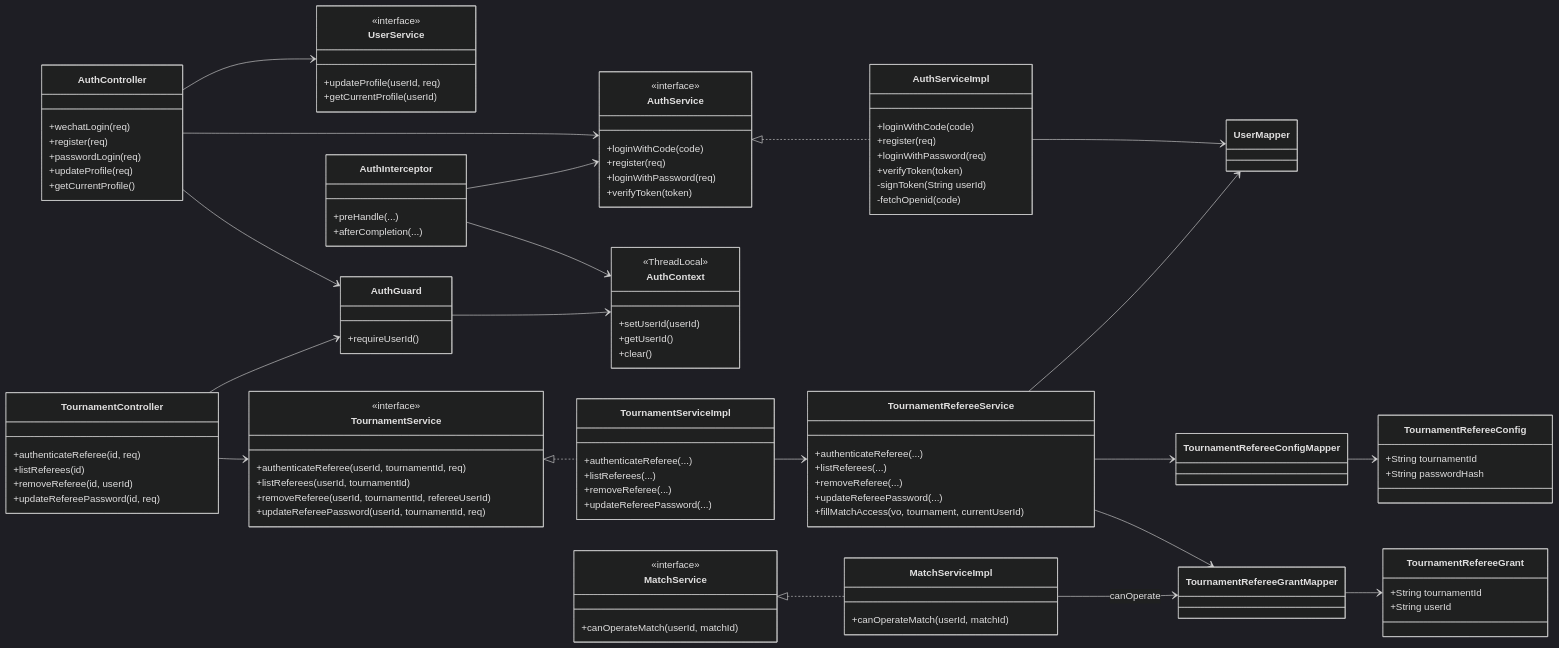
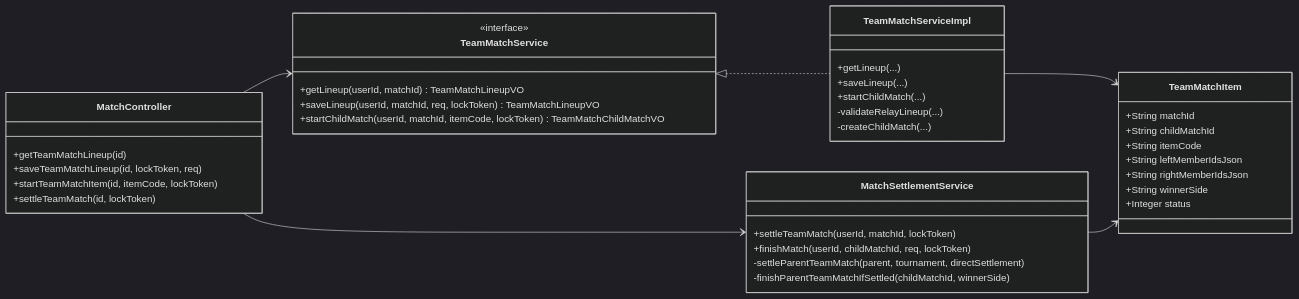
The sixth of 10 diagrams in docs/类图.md (lijingyuu/Scoring), drawn with Mermaid (dark theme) before and after one commit. The commit also changed other lines of this file and 34 other files, not shown here.

First line of the commit message:
fix(review): 全链路审查缺陷修复与领域类图架构治理

````diff
--- a/docs/类图.md
+++ b/docs/类图.md
@@ -530,123 +570,48 @@
 classDiagram
 direction LR
 
-class AuthController {
-  +wechatLogin(req)
-  +register(req)
-  +passwordLogin(req)
-  +updateProfile(req)
-  +getCurrentProfile()
+class MatchController {
+  +getTeamMatchLineup(id)
+  +saveTeamMatchLineup(id, lockToken, req)
+  +startTeamMatchItem(id, itemCode, lockToken)
+  +settleTeamMatch(id, lockToken)
 }
 
-class AuthService {
+class TeamMatchService {
   <<interface>>
-  +loginWithCode(code)
-  +register(req)
-  +loginWithPassword(req)
-  +verifyToken(token)
+  +getLineup(userId, matchId) TeamMatchLineupVO
+  +saveLineup(userId, matchId, req, lockToken) TeamMatchLineupVO
+  +startChildMatch(userId, matchId, itemCode, lockToken) TeamMatchChildMatchVO
 }
 
-class AuthServiceImpl {
-  +loginWithCode(code)
-  +register(req)
-  +loginWithPassword(req)
-  +verifyToken(token)
-  -signToken(String userId)
-  -fetchOpenid(code)
+class TeamMatchServiceImpl {
+  +getLineup(...)
+  +saveLineup(...)
+  +startChildMatch(...)
+  -validateRelayLineup(...)
+  -createChildMatch(...)
 }
 
-class UserService {
-  <<interface>>
-  +updateProfile(userId, req)
-  +getCurrentProfile(userId)
+class MatchSettlementService {
+  +settleTeamMatch(userId, matchId, lockToken)
+  +finishMatch(userId, childMatchId, req, lockToken)
+  -settleParentTeamMatch(parent, tournament, directSettlement)
+  -finishParentTeamMatchIfSettled(childMatchId, winnerSide)
 }
 
-class AuthInterceptor {
-  +preHandle(...)
-  +afterCompletion(...)
+class TeamMatchItem {
+  +String matchId
+  +String childMatchId
+  +String itemCode
+  +String leftMemberIdsJson
+  +String rightMemberIdsJson
+  +String winnerSide
+  +Integer status
 }
 
-class AuthGuard {
-  +requireUserId()
-}
-
-class AuthContext {
-  <<ThreadLocal>>
-  +setUserId(userId)
-  +getUserId()
-  +clear()
-}
-
-class TournamentController {
-  +authenticateReferee(id, req)
-  +listReferees(id)
-  +removeReferee(id, userId)
-  +updateRefereePassword(id, req)
-}
-
-class TournamentService {
-  <<interface>>
-  +authenticateReferee(userId, tournamentId, req)
-  +listReferees(userId, tournamentId)
-  +removeReferee(userId, tournamentId, refereeUserId)
-  +updateRefereePassword(userId, tournamentId, req)
-}
-
-class TournamentServiceImpl {
-  +authenticateReferee(...)
-  +listReferees(...)
-  +removeReferee(...)
-  +updateRefereePassword(...)
-}
-
-class TournamentRefereeService {
-  +authenticateReferee(...)
-  +listReferees(...)
-  +removeReferee(...)
-  +updateRefereePassword(...)
-  +fillMatchAccess(vo, tournament, currentUserId)
-}
-
-class MatchService {
-  <<interface>>
-  +canOperateMatch(userId, matchId)
-}
-
-class MatchServiceImpl {
-  +canOperateMatch(userId, matchId)
-}
-
-class TournamentRefereeConfig {
-  +String tournamentId
-  +String passwordHash
-}
-
-class TournamentRefereeGrant {
-  +String tournamentId
-  +String userId
-}
-
-class UserMapper
-class TournamentRefereeConfigMapper
-class TournamentRefereeGrantMapper
-
-AuthController --> AuthService
-AuthController --> UserService
-AuthController --> AuthGuard
-AuthService <|.. AuthServiceImpl
-AuthServiceImpl --> UserMapper
-AuthInterceptor --> AuthService
-AuthInterceptor --> AuthContext
-AuthGuard --> AuthContext
-TournamentController --> AuthGuard
-TournamentController --> TournamentService
-TournamentService <|.. TournamentServiceImpl
-TournamentServiceImpl --> TournamentRefereeService
-TournamentRefereeService --> TournamentRefereeConfigMapper
-TournamentRefereeService --> TournamentRefereeGrantMapper
-TournamentRefereeService --> UserMapper
-MatchService <|.. MatchServiceImpl
-MatchServiceImpl --> TournamentRefereeGrantMapper : canOperate
-TournamentRefereeConfigMapper --> TournamentRefereeConfig
-TournamentRefereeGrantMapper --> TournamentRefereeGrant
+MatchController --> TeamMatchService
+MatchController --> MatchSettlementService
+TeamMatchService <|.. TeamMatchServiceImpl
+TeamMatchServiceImpl --> TeamMatchItem
+MatchSettlementService --> TeamMatchItem
 ```
````
